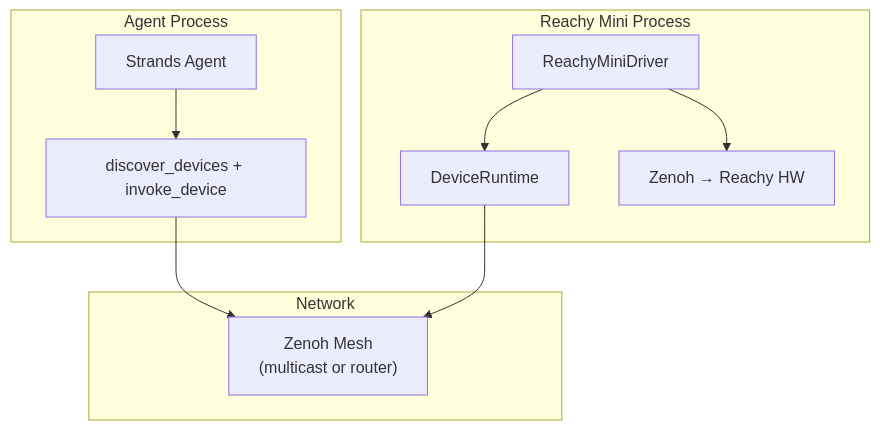
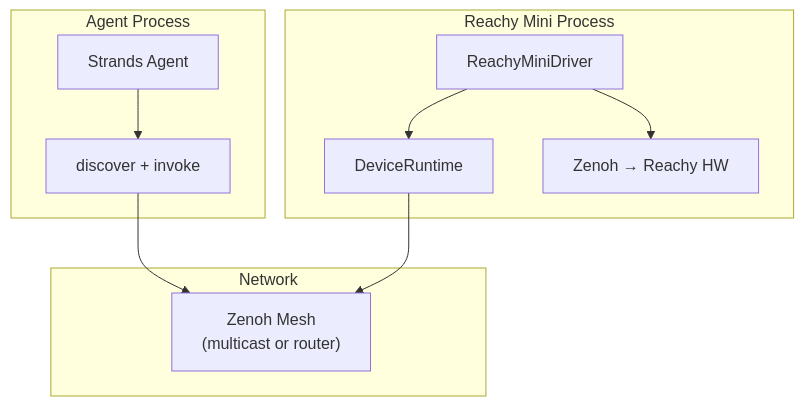
One commit to strands-labs/robots changed the second of 2 diagrams in strands_robots/device_connect/GUIDE.md. Above: the diagram before and after it, drawn with Mermaid. The commit also changed other lines of this file and 1 other file, not shown here.

First line of the commit message:
docs(device-connect): fix GUIDE setup + HITL/agent-tools staleness

````diff
--- a/strands_robots/device_connect/GUIDE.md
+++ b/strands_robots/device_connect/GUIDE.md
@@ -345,23 +370,23 @@
 ```mermaid
 graph TD
     subgraph "Reachy Mini Process"
         REACHY["ReachyMiniDriver"]
         RRUNTIME["DeviceRuntime"]
         ZENOH_HW["Zenoh → Reachy HW"]
         REACHY --> RRUNTIME
         REACHY --> ZENOH_HW
     end
 
     subgraph "Network"
         ZENOH["Zenoh Mesh<br/>(multicast or router)"]
     end
 
     subgraph "Agent Process"
         AGENT["Strands Agent"]
-        TOOLS["discover_devices + invoke_device"]
+        TOOLS["discover + invoke"]
         AGENT --> TOOLS
         TOOLS --> ZENOH
     end
 
     RRUNTIME --> ZENOH
 ```
````
